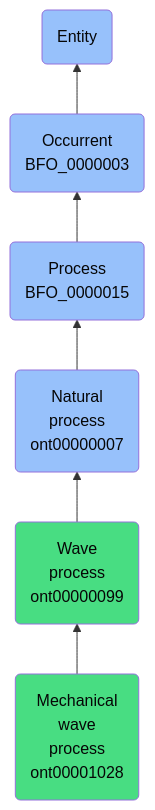
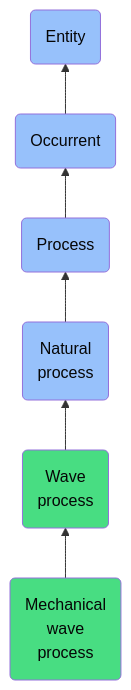
The diagram in docs/ontology/reference/model/Entity/Occurrent/Process/Natural process/Wave process/Mechanical wave process/Mechanical wave process.md (jupyter-naas/abi), drawn with Mermaid before and after one commit. The commit also changed other lines of this file and 1430 other files, not shown here.

````diff
--- a/docs/ontology/reference/model/Entity/Occurrent/Process/Natural process/Wave process/Mechanical wave process/Mechanical wave process.md
+++ b/docs/ontology/reference/model/Entity/Occurrent/Process/Natural process/Wave process/Mechanical wave process/Mechanical wave process.md
@@ -24,13 +24,13 @@
 ```mermaid
 graph BT
-    ont00001028(Mechanical<br>wave<br>process<br>ont00001028):::ABI-->ont00000099
-    ont00000099(Wave<br>process<br>ont00000099):::ABI-->ont00000007
-    ont00000007(Natural<br>process<br>ont00000007):::BFO-->BFO_0000015
-    BFO_0000015(Process<br>BFO_0000015):::BFO-->BFO_0000003
-    BFO_0000003(Occurrent<br>BFO_0000003):::BFO-->BFO_0000001
+    ont00001028(Mechanical<br>wave<br>process):::ABI-->ont00000099
+    ont00000099(Wave<br>process):::ABI-->ont00000007
+    ont00000007(Natural<br>process):::BFO-->BFO_0000015
+    BFO_0000015(Process):::BFO-->BFO_0000003
+    BFO_0000003(Occurrent):::BFO-->BFO_0000001
     BFO_0000001(Entity):::BFO
     
     classDef BFO fill:#97c1fb,color:#060606
     classDef CCO fill:#e4c51e,color:#060606
     classDef ABI fill:#48DD82,color:#060606
 ```
````
